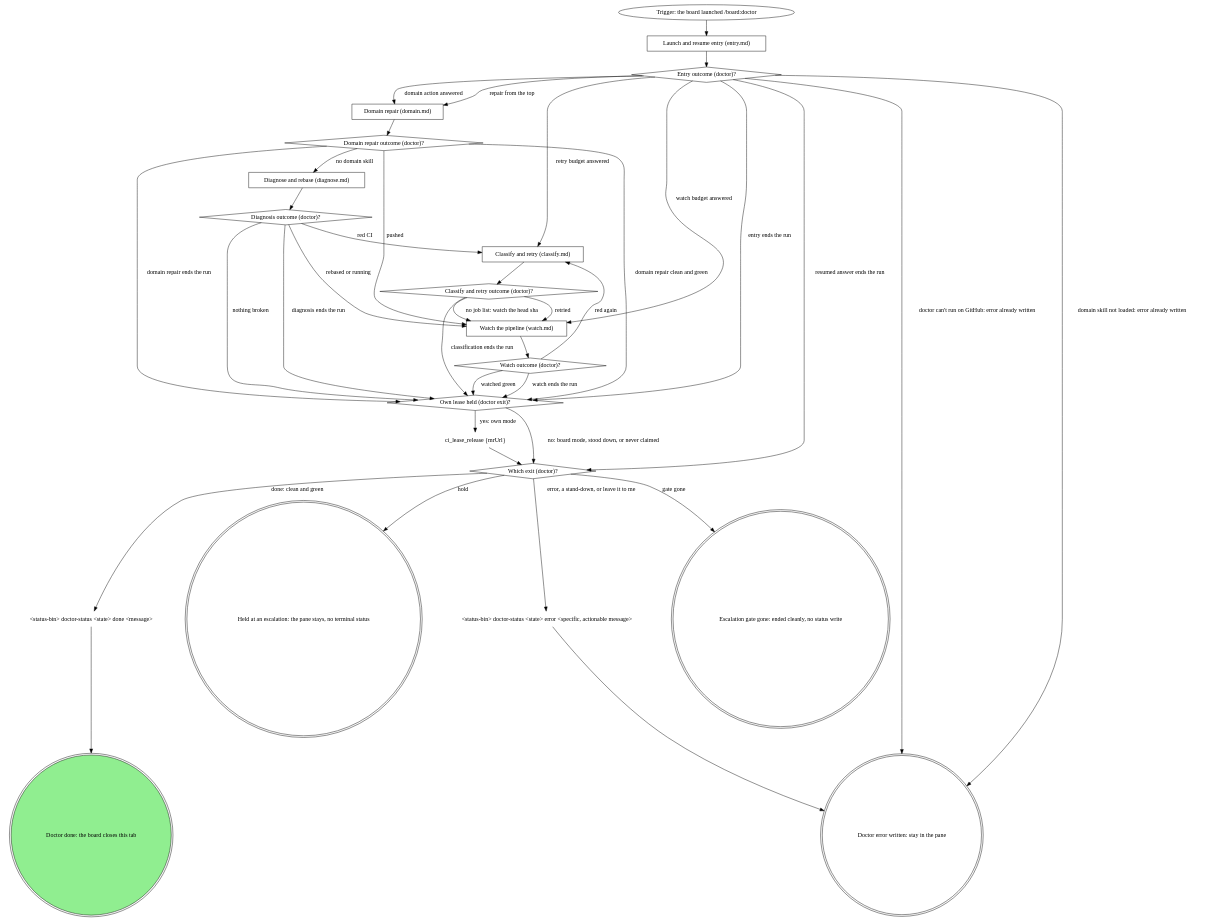
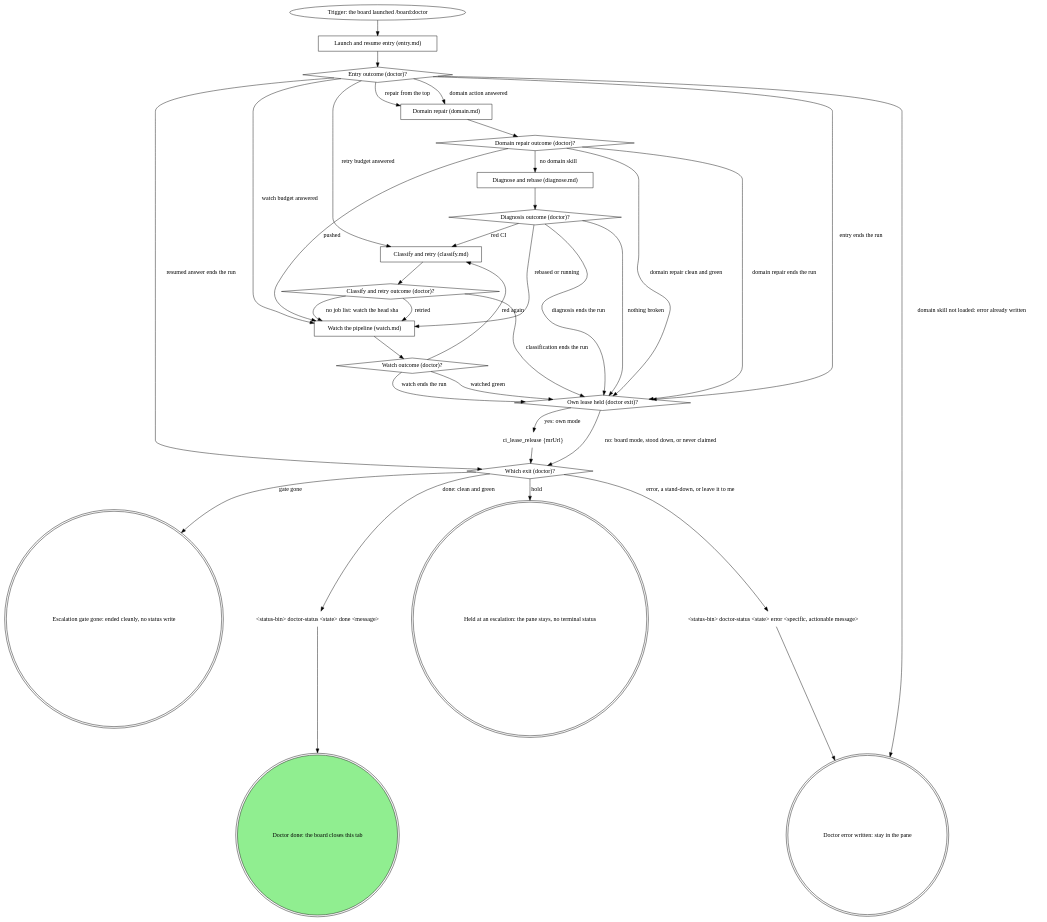
Before and after one commit to m4ttstack/mattstack: the first of 2 diagrams in apps/board/skills-src/doctor/SKILL.md, drawn with Graphviz. The commit also changed 7 other files, not shown here.

Commit message:
board doctor: run on GitHub PRs, rebase with mr_rebase wait

````diff
--- a/apps/board/skills-src/doctor/SKILL.md
+++ b/apps/board/skills-src/doctor/SKILL.md
@@ -64,64 +64,63 @@
 ```dot
 digraph doctor_flow {
     rankdir=TB;
 
     "Trigger: the board launched /board:doctor" [shape=ellipse];
     "Launch and resume entry (entry.md)" [shape=box];
     "Entry outcome (doctor)?" [shape=diamond];
     "Domain repair (domain.md)" [shape=box];
     "Domain repair outcome (doctor)?" [shape=diamond];
     "Diagnose and rebase (diagnose.md)" [shape=box];
     "Diagnosis outcome (doctor)?" [shape=diamond];
     "Classify and retry (classify.md)" [shape=box];
     "Classify and retry outcome (doctor)?" [shape=diamond];
     "Watch the pipeline (watch.md)" [shape=box];
     "Watch outcome (doctor)?" [shape=diamond];
     "Own lease held (doctor exit)?" [shape=diamond];
     "ci_lease_release {mrUrl}" [shape=plaintext];
     "Which exit (doctor)?" [shape=diamond];
     "<status-bin> doctor-status <state> done <message>" [shape=plaintext];
     "<status-bin> doctor-status <state> error <specific, actionable message>" [shape=plaintext];
     "Doctor error written: stay in the pane" [shape=doublecircle];
     "Held at an escalation: the pane stays, no terminal status" [shape=doublecircle];
     "Escalation gate gone: ended cleanly, no status write" [shape=doublecircle];
     "Doctor done: the board closes this tab" [shape=doublecircle style=filled fillcolor=lightgreen];
 
     "Trigger: the board launched /board:doctor" -> "Launch and resume entry (entry.md)";
     "Launch and resume entry (entry.md)" -> "Entry outcome (doctor)?";
     "Entry outcome (doctor)?" -> "Domain repair (domain.md)" [label="repair from the top"];
     "Entry outcome (doctor)?" -> "Domain repair (domain.md)" [label="domain action answered"];
     "Entry outcome (doctor)?" -> "Classify and retry (classify.md)" [label="retry budget answered"];
     "Entry outcome (doctor)?" -> "Watch the pipeline (watch.md)" [label="watch budget answered"];
     "Entry outcome (doctor)?" -> "Own lease held (doctor exit)?" [label="entry ends the run"];
     "Entry outcome (doctor)?" -> "Which exit (doctor)?" [label="resumed answer ends the run"];
     "Entry outcome (doctor)?" -> "Doctor error written: stay in the pane" [label="domain skill not loaded: error already written"];
-    "Entry outcome (doctor)?" -> "Doctor error written: stay in the pane" [label="doctor can't run on GitHub: error already written"];
     "Domain repair (domain.md)" -> "Domain repair outcome (doctor)?";
     "Domain repair outcome (doctor)?" -> "Diagnose and rebase (diagnose.md)" [label="no domain skill"];
     "Domain repair outcome (doctor)?" -> "Watch the pipeline (watch.md)" [label="pushed"];
     "Domain repair outcome (doctor)?" -> "Own lease held (doctor exit)?" [label="domain repair clean and green"];
     "Domain repair outcome (doctor)?" -> "Own lease held (doctor exit)?" [label="domain repair ends the run"];
     "Diagnose and rebase (diagnose.md)" -> "Diagnosis outcome (doctor)?";
     "Diagnosis outcome (doctor)?" -> "Classify and retry (classify.md)" [label="red CI"];
     "Diagnosis outcome (doctor)?" -> "Watch the pipeline (watch.md)" [label="rebased or running"];
     "Diagnosis outcome (doctor)?" -> "Own lease held (doctor exit)?" [label="nothing broken"];
     "Diagnosis outcome (doctor)?" -> "Own lease held (doctor exit)?" [label="diagnosis ends the run"];
     "Classify and retry (classify.md)" -> "Classify and retry outcome (doctor)?";
     "Classify and retry outcome (doctor)?" -> "Watch the pipeline (watch.md)" [label="retried"];
     "Classify and retry outcome (doctor)?" -> "Watch the pipeline (watch.md)" [label="no job list: watch the head sha"];
     "Classify and retry outcome (doctor)?" -> "Own lease held (doctor exit)?" [label="classification ends the run"];
     "Watch the pipeline (watch.md)" -> "Watch outcome (doctor)?";
     "Watch outcome (doctor)?" -> "Classify and retry (classify.md)" [label="red again"];
     "Watch outcome (doctor)?" -> "Own lease held (doctor exit)?" [label="watched green"];
     "Watch outcome (doctor)?" -> "Own lease held (doctor exit)?" [label="watch ends the run"];
     "Own lease held (doctor exit)?" -> "ci_lease_release {mrUrl}" [label="yes: own mode"];
     "Own lease held (doctor exit)?" -> "Which exit (doctor)?" [label="no: board mode, stood down, or never claimed"];
     "ci_lease_release {mrUrl}" -> "Which exit (doctor)?";
     "Which exit (doctor)?" -> "<status-bin> doctor-status <state> done <message>" [label="done: clean and green"];
     "Which exit (doctor)?" -> "<status-bin> doctor-status <state> error <specific, actionable message>" [label="error, a stand-down, or leave it to me"];
     "Which exit (doctor)?" -> "Held at an escalation: the pane stays, no terminal status" [label="hold"];
     "Which exit (doctor)?" -> "Escalation gate gone: ended cleanly, no status write" [label="gate gone"];
     "<status-bin> doctor-status <state> done <message>" -> "Doctor done: the board closes this tab";
     "<status-bin> doctor-status <state> error <specific, actionable message>" -> "Doctor error written: stay in the pane";
 }
 ```
````
